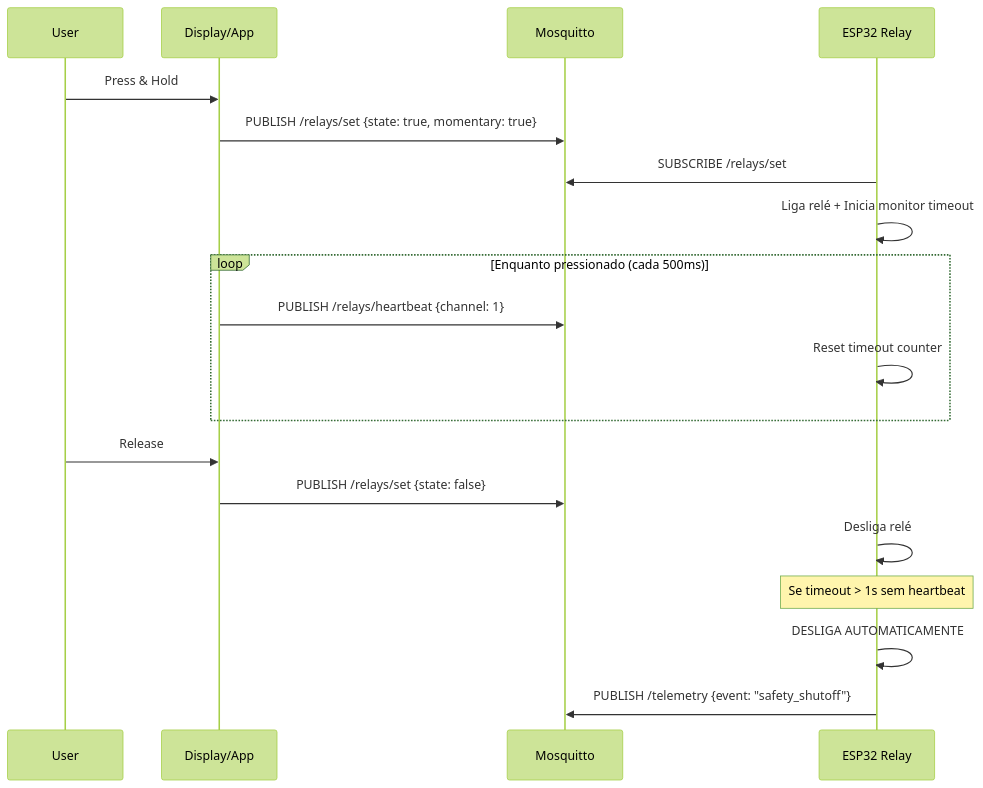
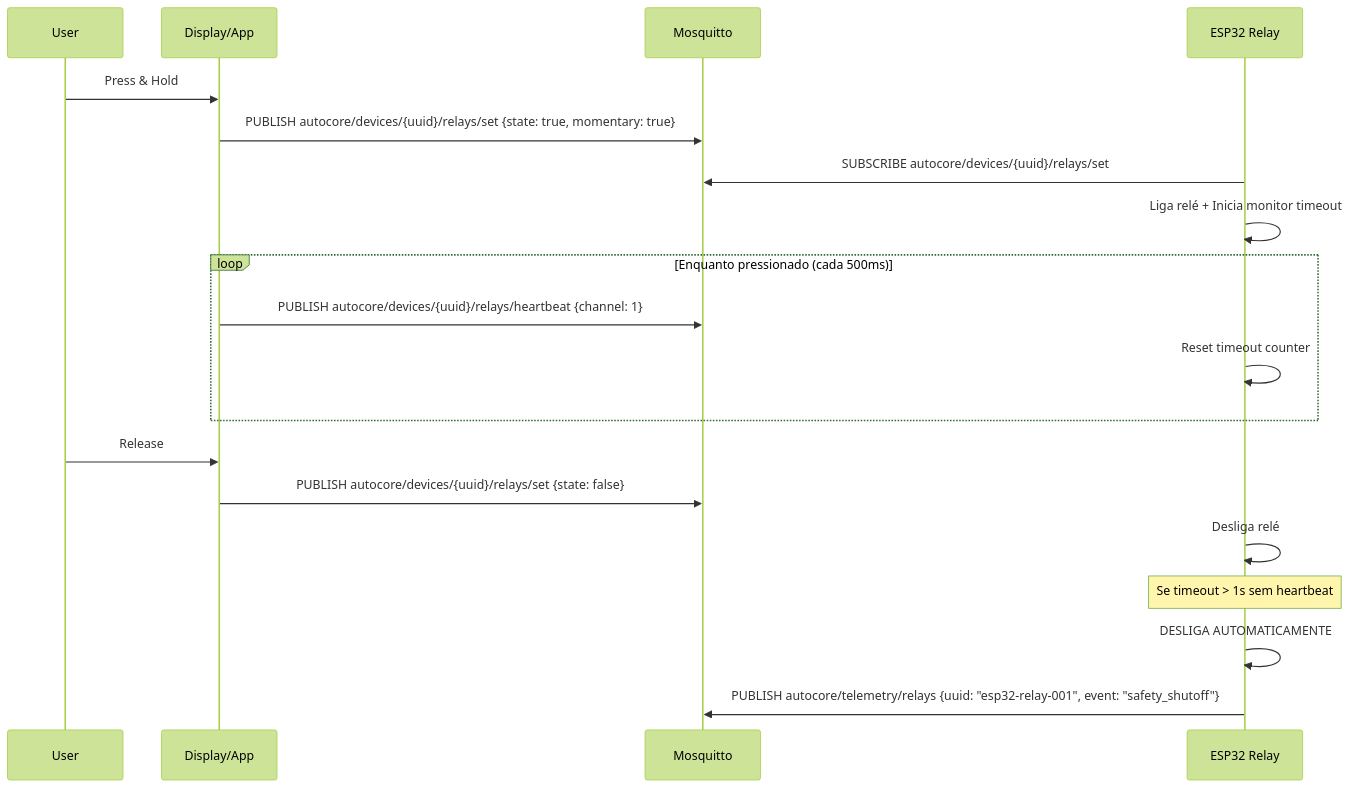
One commit to leechardes/autocore changed the third of 5 diagrams in docs/MQTT_ARCHITECTURE.md. Above: the diagram before and after it, drawn with Mermaid (forest theme). The commit also changed other lines of this file and 110 other files, not shown here.

````diff
--- a/docs/MQTT_ARCHITECTURE.md
+++ b/docs/MQTT_ARCHITECTURE.md
@@ -210,25 +208,25 @@
 ```mermaid
 sequenceDiagram
     participant User
     participant Client as Display/App
     participant Broker as Mosquitto
     participant Relay as ESP32 Relay
     
     User->>Client: Press & Hold
-    Client->>Broker: PUBLISH /relays/set {state: true, momentary: true}
-    Relay->>Broker: SUBSCRIBE /relays/set
+    Client->>Broker: PUBLISH autocore/devices/{uuid}/relays/set {state: true, momentary: true}
+    Relay->>Broker: SUBSCRIBE autocore/devices/{uuid}/relays/set
     Relay->>Relay: Liga relé + Inicia monitor timeout
     
     loop Enquanto pressionado (cada 500ms)
-        Client->>Broker: PUBLISH /relays/heartbeat {channel: 1}
+        Client->>Broker: PUBLISH autocore/devices/{uuid}/relays/heartbeat {channel: 1}
         Relay->>Relay: Reset timeout counter
     end
     
     User->>Client: Release
-    Client->>Broker: PUBLISH /relays/set {state: false}
+    Client->>Broker: PUBLISH autocore/devices/{uuid}/relays/set {state: false}
     Relay->>Relay: Desliga relé
     
     Note over Relay: Se timeout > 1s sem heartbeat
     Relay->>Relay: DESLIGA AUTOMATICAMENTE
-    Relay->>Broker: PUBLISH /telemetry {event: "safety_shutoff"}
+    Relay->>Broker: PUBLISH autocore/telemetry/relays {uuid: "esp32-relay-001", event: "safety_shutoff"}
 ```
````
